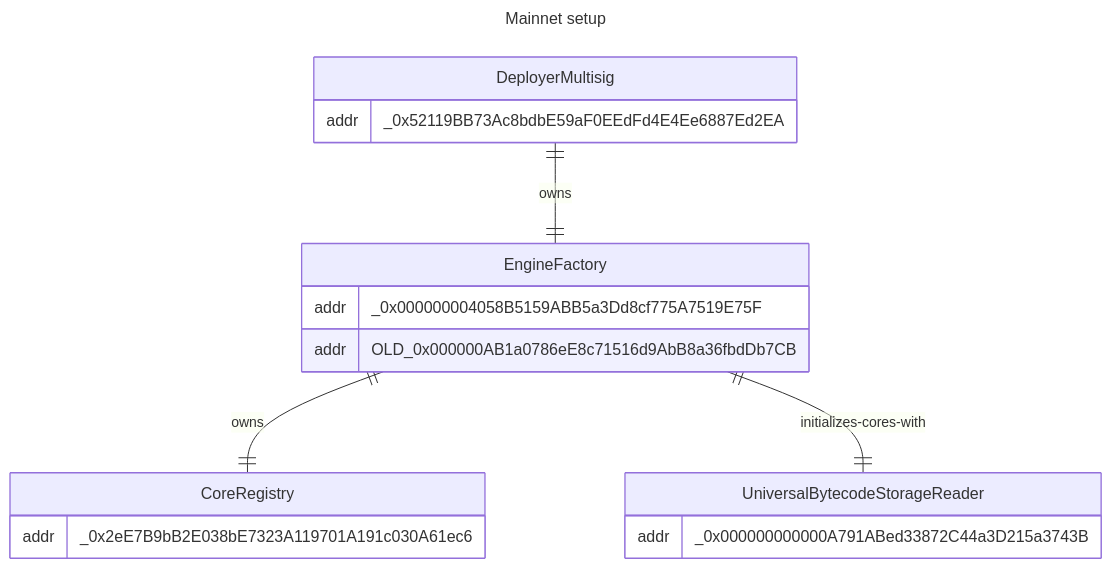
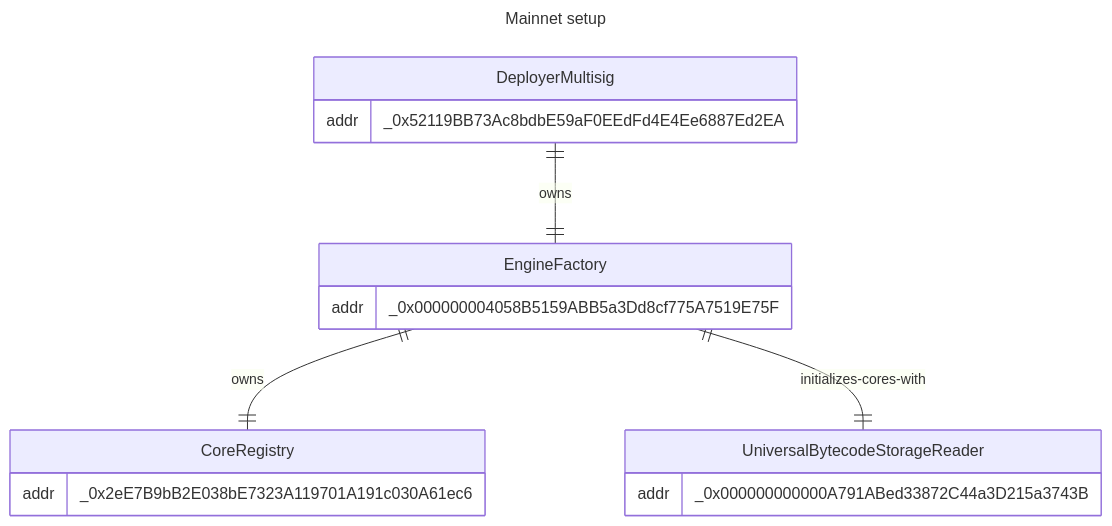
Before and after one commit to void-smith660/artblocks-contracts: the first of 4 diagrams in packages/contracts/INFRASTRUCTURE.md, drawn with Mermaid. The commit also changed other lines of this file, not shown here.

````diff
--- a/packages/contracts/INFRASTRUCTURE.md
+++ b/packages/contracts/INFRASTRUCTURE.md
@@ -28,22 +28,21 @@
 ```mermaid
 ---
 title: Mainnet setup
 ---
 erDiagram
     DeployerMultisig ||--|| EngineFactory : owns
     EngineFactory ||--|| CoreRegistry : owns
     EngineFactory ||--|| UniversalBytecodeStorageReader : initializes-cores-with
     DeployerMultisig {
         addr _0x52119BB73Ac8bdbE59aF0EEdFd4E4Ee6887Ed2EA
     }
     EngineFactory {
         addr _0x000000004058B5159ABB5a3Dd8cf775A7519E75F
-        addr OLD_0x000000AB1a0786eE8c71516d9AbB8a36fbdDb7CB
     }
     CoreRegistry {
         addr _0x2eE7B9bB2E038bE7323A119701A191c030A61ec6
     }
     UniversalBytecodeStorageReader {
         addr _0x000000000000A791ABed33872C44a3D215a3743B
     }
 ```
````
